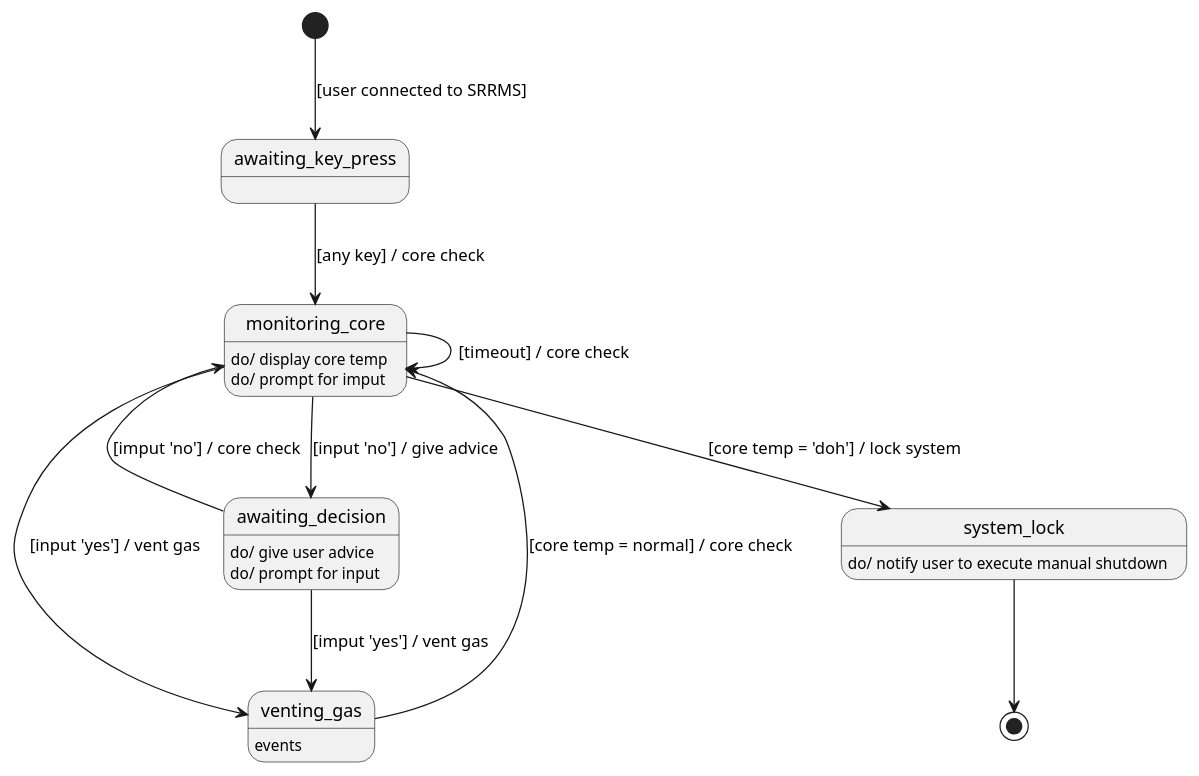
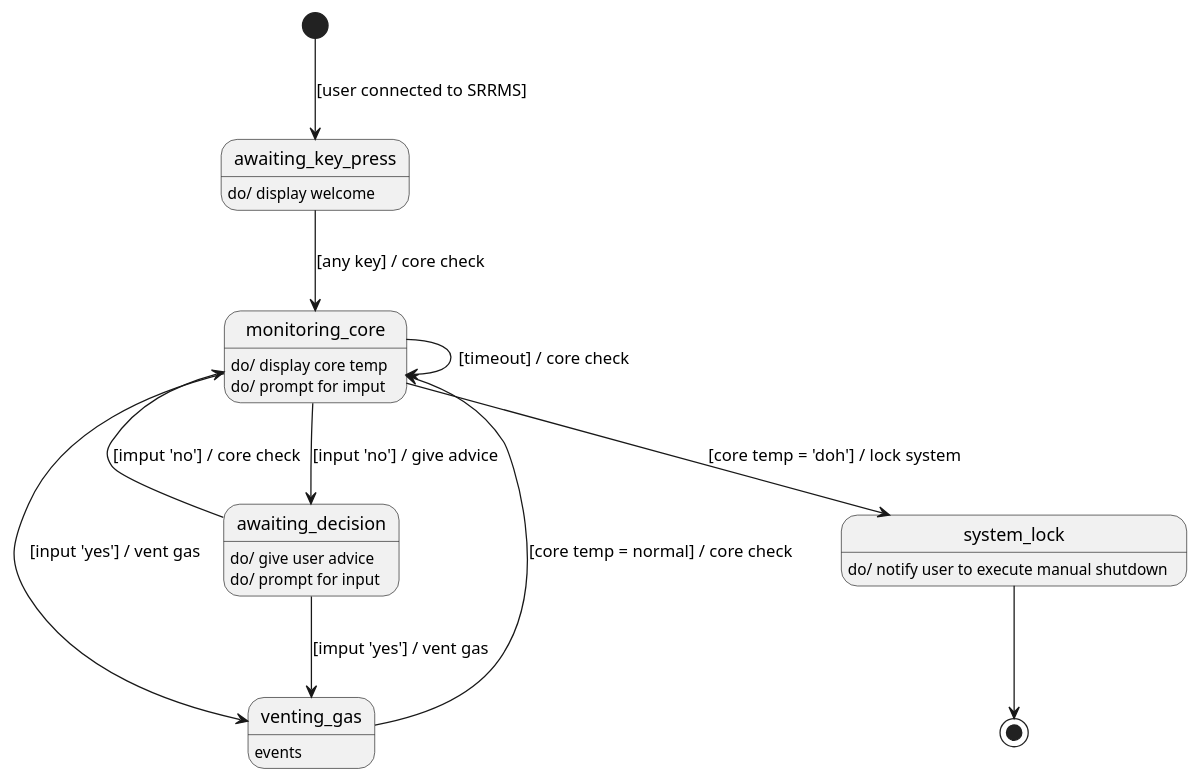
Before and after one commit to gitten/elixir-HomerFSM: the diagram in README.org, drawn with PlantUML. The commit also changed 2 other files, not shown here.

Commit message:
herd u like state, so...

```diff
--- a/README.org
+++ b/README.org
@@ -14,31 +14,31 @@
 #+BEGIN_SRC plantuml :file fsm-dia.png
 
 
                [*] --> awaiting_key_press : [user connected to SRRMS]
+
 awaiting_key_press --> monitoring_core : [any key] / core check
+awaiting_key_press : do/ display welcome
 
    monitoring_core --> monitoring_core : [timeout] / core check
    monitoring_core --> awaiting_decision : [input 'no'] / give advice
 
  awaiting_decision --> monitoring_core : [imput 'no'] / core check
  awaiting_decision --> venting_gas : [imput 'yes'] / vent gas
 
    monitoring_core --> system_lock : [core temp = 'doh'] / lock system
        system_lock --> [*]
 
             
    monitoring_core --> venting_gas : [input 'yes'] / vent gas
 
        venting_gas --> monitoring_core : [core temp = normal] / core check
 
  awaiting_decision : do/ give user advice
  awaiting_decision : do/ prompt for input
    monitoring_core : do/ display core temp
    monitoring_core : do/ prompt for imput
        system_lock : do/ notify user to execute manual shutdown
        venting_gas : events
 
 
-
-
 #+END_SRC
```
